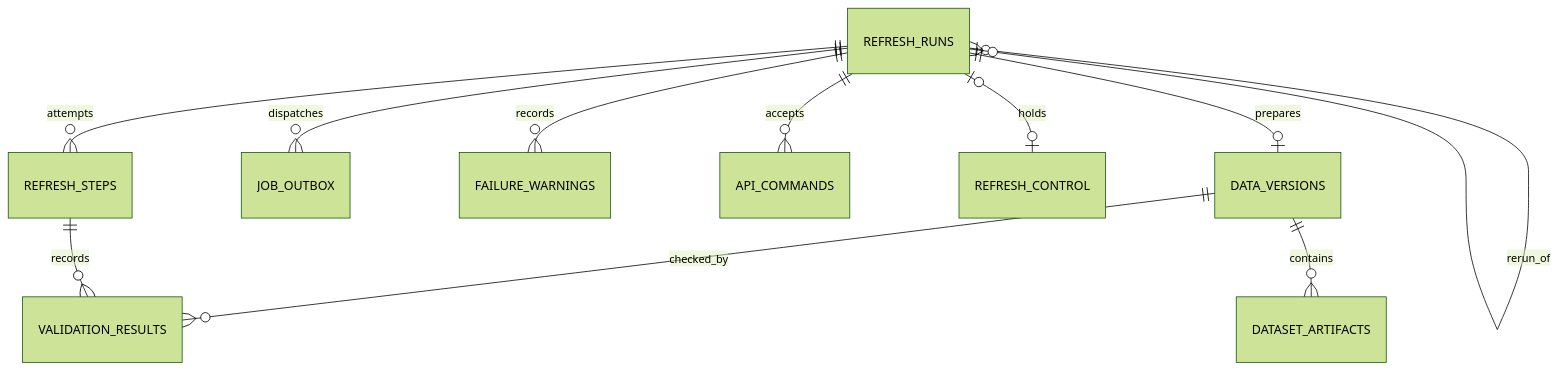
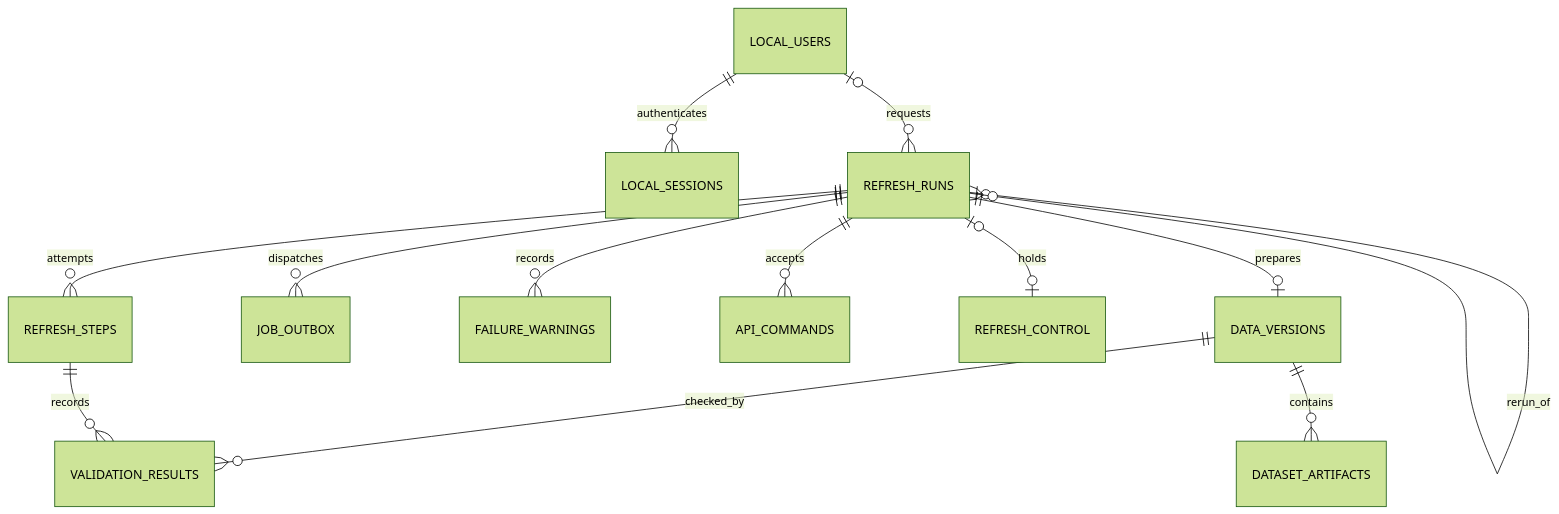
One commit to alejandroayalad/trinity changed the second of 3 diagrams in docs/schema.md. Above: the diagram before and after it, drawn with Mermaid (forest theme). The commit also changed other lines of this file and 11 other files, not shown here.

````diff
--- a/docs/schema.md
+++ b/docs/schema.md
@@ -178,14 +182,16 @@
 ```mermaid
 erDiagram
     direction TB
+    LOCAL_USERS ||--o{ LOCAL_SESSIONS : authenticates
+    LOCAL_USERS |o--o{ REFRESH_RUNS : requests
     REFRESH_RUNS ||--o{ REFRESH_STEPS : attempts
     REFRESH_RUNS ||--o{ JOB_OUTBOX : dispatches
     REFRESH_RUNS ||--o{ FAILURE_WARNINGS : records
     REFRESH_RUNS ||--o{ API_COMMANDS : accepts
     REFRESH_RUNS |o--o| REFRESH_CONTROL : holds
     REFRESH_RUNS |o--o{ REFRESH_RUNS : rerun_of
     REFRESH_RUNS ||--o| DATA_VERSIONS : prepares
     DATA_VERSIONS ||--o{ DATASET_ARTIFACTS : contains
     DATA_VERSIONS ||--o{ VALIDATION_RESULTS : checked_by
     REFRESH_STEPS ||--o{ VALIDATION_RESULTS : records
 ```
````
